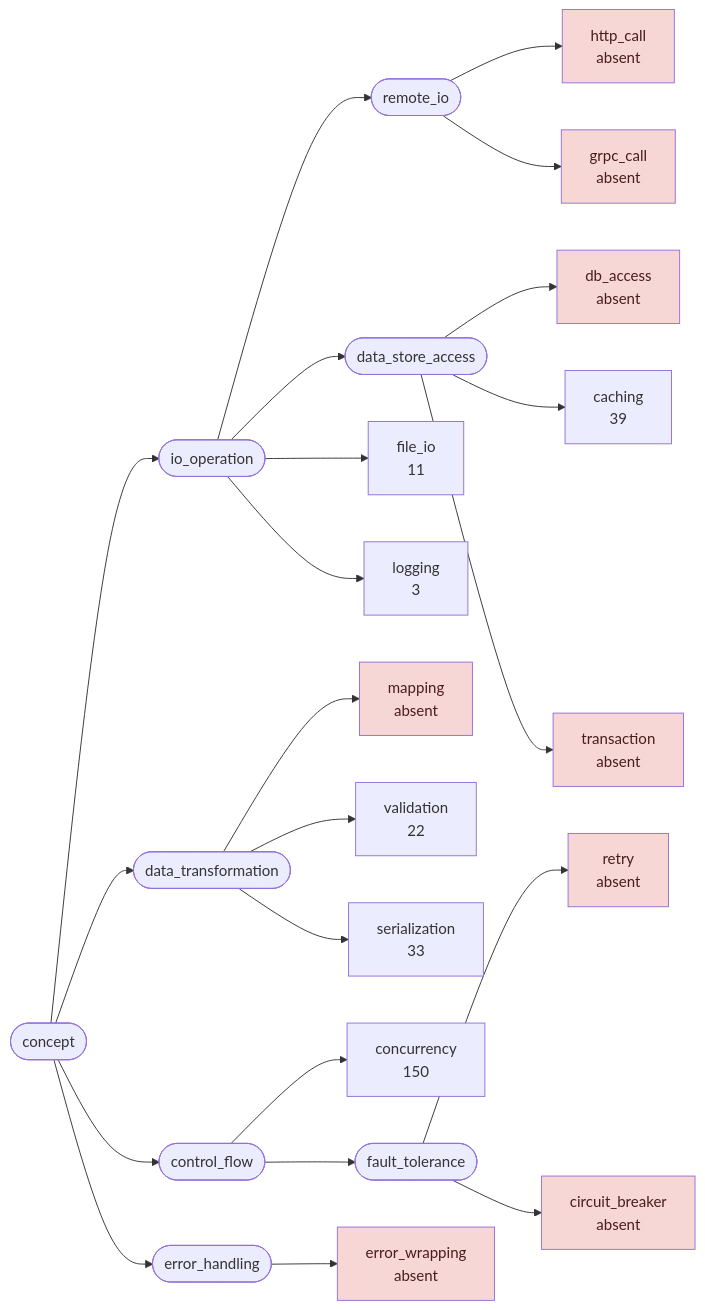
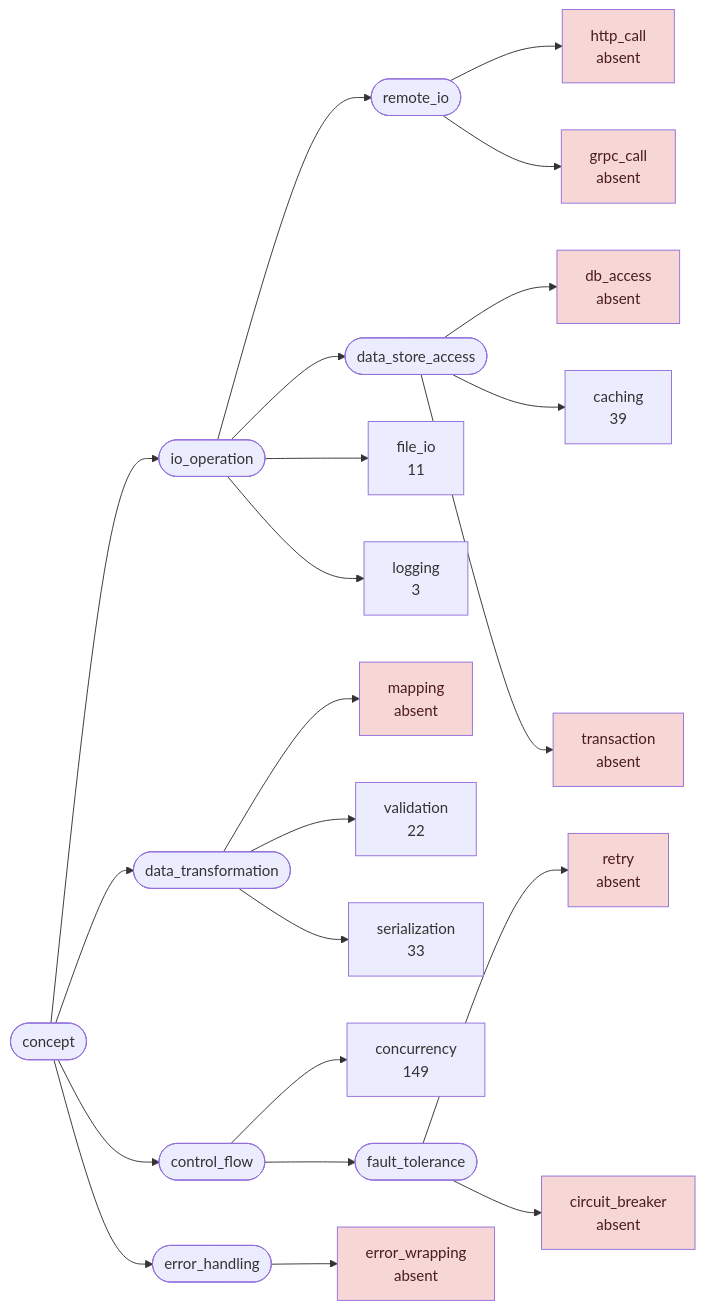
Before and after one commit to LukasSelin/doppel: the first of 9 diagrams in examples/gin.md, drawn with Mermaid. The commit also changed other lines of this file and 7 other files, not shown here.

````diff
--- a/examples/gin.md
+++ b/examples/gin.md
@@ -57,50 +57,50 @@
 ```mermaid
 flowchart LR
     s0(["concept"])
     s1(["io_operation"])
     s2(["remote_io"])
     s3["http_call<br/>absent"]
     s4["grpc_call<br/>absent"]
     s5(["data_store_access"])
     s6["db_access<br/>absent"]
     s7["caching<br/>39"]
     s8["transaction<br/>absent"]
     s9["file_io<br/>11"]
     s10["logging<br/>3"]
     s11(["data_transformation"])
     s12["mapping<br/>absent"]
     s13["validation<br/>22"]
     s14["serialization<br/>33"]
     s15(["control_flow"])
-    s16["concurrency<br/>150"]
+    s16["concurrency<br/>149"]
     s17(["fault_tolerance"])
     s18["retry<br/>absent"]
     s19["circuit_breaker<br/>absent"]
     s20(["error_handling"])
     s21["error_wrapping<br/>absent"]
     s0 --> s1
     s1 --> s2
     s2 --> s3
     s2 --> s4
     s1 --> s5
     s5 --> s6
     s5 --> s7
     s5 --> s8
     s1 --> s9
     s1 --> s10
     s0 --> s11
     s11 --> s12
     s11 --> s13
     s11 --> s14
     s0 --> s15
     s15 --> s16
     s15 --> s17
     s17 --> s18
     s17 --> s19
     s0 --> s20
     s20 --> s21
     classDef good fill:#d7ecd9,color:#1b3d20
     classDef warn fill:#fbeecb,color:#4a3a12
     classDef hot fill:#f7d6d6,color:#4a1c1c
     class s3,s4,s6,s8,s12,s18,s19,s21 hot
 ```
````
